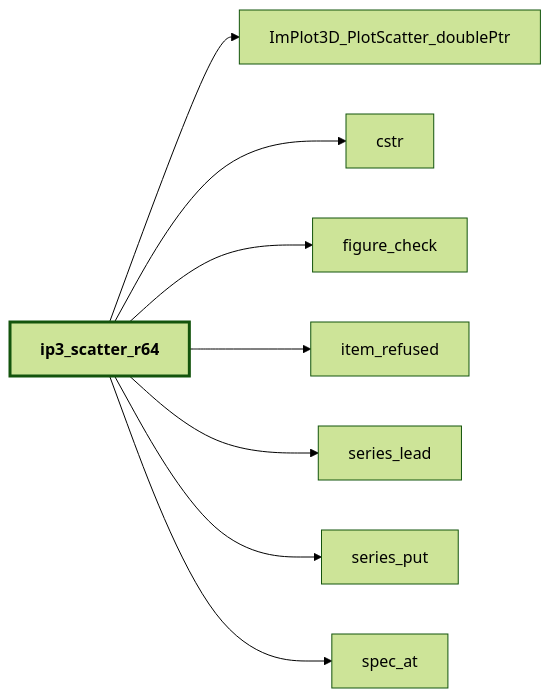
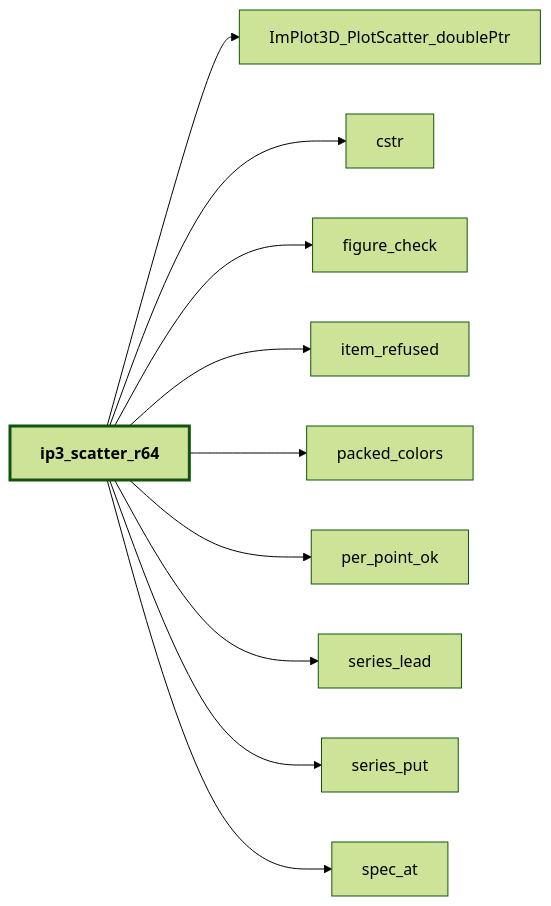
The tenth of 44 diagrams in docs/api/src/lib/figure_implot3d.md (szaghi/figure), drawn with Mermaid (forest theme) before and after one commit. The commit also changed other lines of this file and 36 other files, not shown here.

First line of the commit message:
feat(plot3d): colours and sizes per point, axis formats and ticks, ImPlot3D's style by name

````diff
--- a/docs/api/src/lib/figure_implot3d.md
+++ b/docs/api/src/lib/figure_implot3d.md
@@ -600,19 +627,23 @@
 ```mermaid
 flowchart LR
   ip3_scatter_r64["ip3_scatter_r64"] --> ImPlot3D_PlotScatter_doublePtr["ImPlot3D_PlotScatter_doublePtr"]
   ip3_scatter_r64["ip3_scatter_r64"] --> cstr["cstr"]
   ip3_scatter_r64["ip3_scatter_r64"] --> figure_check["figure_check"]
   ip3_scatter_r64["ip3_scatter_r64"] --> item_refused["item_refused"]
+  ip3_scatter_r64["ip3_scatter_r64"] --> packed_colors["packed_colors"]
+  ip3_scatter_r64["ip3_scatter_r64"] --> per_point_ok["per_point_ok"]
   ip3_scatter_r64["ip3_scatter_r64"] --> series_lead["series_lead"]
   ip3_scatter_r64["ip3_scatter_r64"] --> series_put["series_put"]
   ip3_scatter_r64["ip3_scatter_r64"] --> spec_at["spec_at"]
   classDef focus stroke-width:3px,font-weight:bold
   class ip3_scatter_r64 focus
   click item_refused href "#item-refused" "item_refused"
+  click per_point_ok href "#per-point-ok" "per_point_ok"
   click series_lead href "figure_implot.html#series-lead" "series_lead"
   click series_put href "figure_implot.html#series-put" "series_put"
+  click spec_at href "#spec-at" "spec_at"
+  click packed_colors href "#packed-colors" "packed_colors"
   click ImPlot3D_PlotScatter_doublePtr href "figure_cimplot3d.html#implot3d-plotscatter-doubleptr" "ImPlot3D_PlotScatter_doublePtr"
   click cstr href "figure_base.html#cstr" "cstr"
-  click spec_at href "#spec-at" "spec_at"
   click figure_check href "figure_base.html#figure-check" "figure_check"
 ```
````
